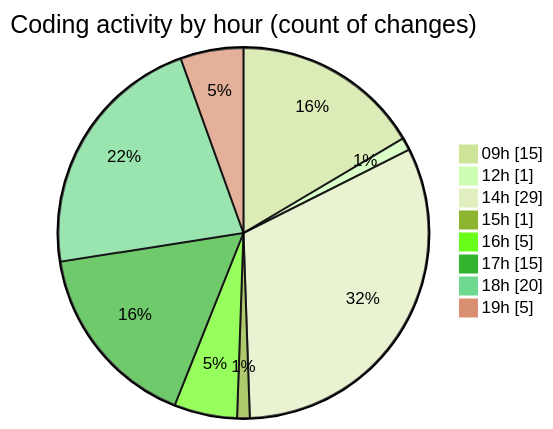
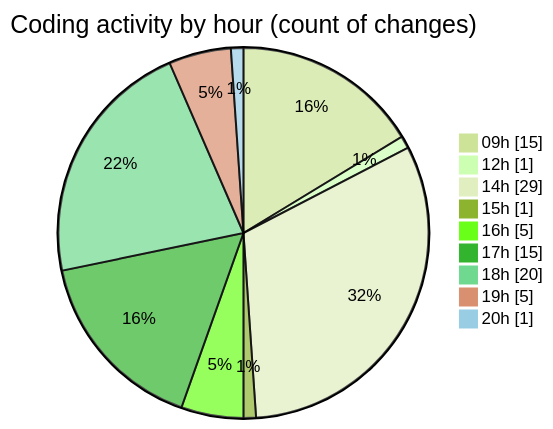
Before and after one commit to momahboobian/code-tracking: the second of 2 diagrams in 2026-09-08/cda/README.md, drawn with Mermaid (forest theme). The commit also changed other lines of this file and 1 other file, not shown here.

````diff
--- a/2026-09-08/cda/README.md
+++ b/2026-09-08/cda/README.md
@@ -63,12 +63,13 @@
 ```mermaid
 pie showData
 title Coding activity by hour (count of changes)
 "09h" : 15
 "12h" : 1
 "14h" : 29
 "15h" : 1
 "16h" : 5
 "17h" : 15
 "18h" : 20
 "19h" : 5
+"20h" : 1
 ```
````
